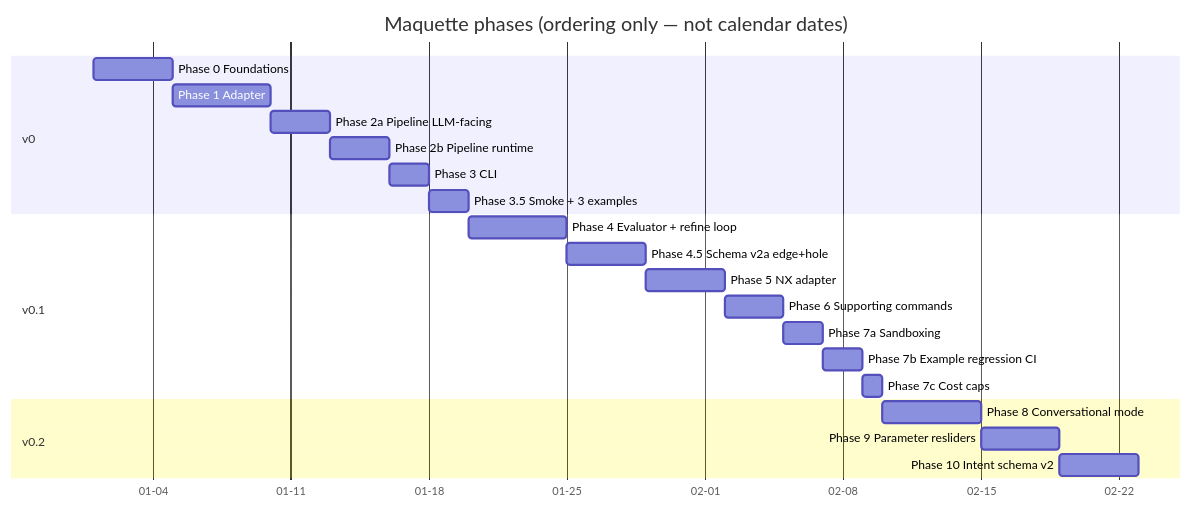
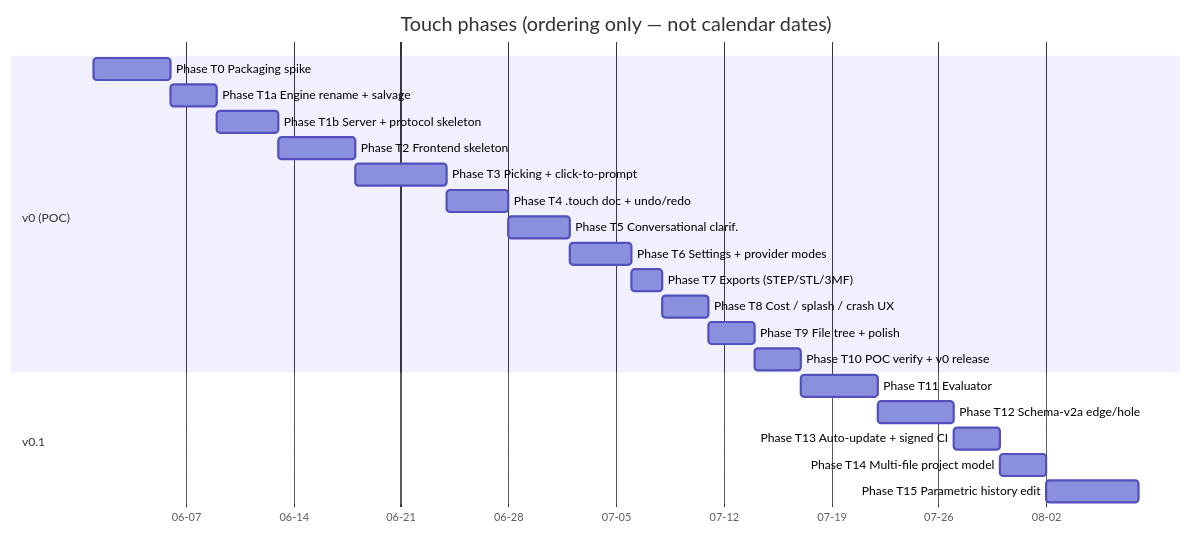
One commit to vandpaolo/touch changed the diagram in docs/03-roadmap.md. Above: the diagram before and after it, drawn with Mermaid. The commit also changed other lines of this file and 17 other files, not shown here.

First line of the commit message:
docs: re-baseline roadmap for Touch (phases T0–T15)

````diff
--- a/docs/03-roadmap.md
+++ b/docs/03-roadmap.md
@@ -26,25 +39,25 @@
 ```mermaid
 gantt
-    title Maquette phases (ordering only — not calendar dates)
+    title Touch phases (ordering only — not calendar dates)
     dateFormat  YYYY-MM-DD
     axisFormat  %m-%d
-    section v0
-    Phase 0     Foundations             :p0, 2026-01-01, 4d
-    Phase 1     Adapter                 :p1, after p0, 5d
-    Phase 2a    Pipeline LLM-facing     :p2a, after p1, 3d
-    Phase 2b    Pipeline runtime        :p2b, after p2a, 3d
-    Phase 3     CLI                     :p3, after p2b, 2d
-    Phase 3.5   Smoke + 3 examples      :p3h, after p3, 2d
+    section v0 (POC)
+    Phase T0   Packaging spike            :pT0, 2026-06-01, 5d
+    Phase T1a  Engine rename + salvage    :pT1a, after pT0, 3d
+    Phase T1b  Server + protocol skeleton :pT1b, after pT1a, 4d
+    Phase T2   Frontend skeleton          :pT2, after pT1b, 5d
+    Phase T3   Picking + click-to-prompt  :pT3, after pT2, 6d
+    Phase T4   .touch doc + undo/redo     :pT4, after pT3, 4d
+    Phase T5   Conversational clarif.     :pT5, after pT4, 4d
+    Phase T6   Settings + provider modes  :pT6, after pT5, 4d
+    Phase T7   Exports (STEP/STL/3MF)     :pT7, after pT6, 2d
+    Phase T8   Cost / splash / crash UX   :pT8, after pT7, 3d
+    Phase T9   File tree + polish         :pT9, after pT8, 3d
+    Phase T10  POC verify + v0 release    :pT10, after pT9, 3d
     section v0.1
-    Phase 4     Evaluator + refine loop :p4, after p3h, 5d
-    Phase 4.5   Schema v2a edge+hole    :p45, after p4, 4d
-    Phase 5     NX adapter              :p5, after p45, 4d
-    Phase 6     Supporting commands     :p6, after p5, 3d
-    Phase 7a    Sandboxing              :p7a, after p6, 2d
-    Phase 7b    Example regression CI   :p7b, after p7a, 2d
-    Phase 7c    Cost caps               :p7c, after p7b, 1d
-    section v0.2
-    Phase 8     Conversational mode     :p8, after p7c, 5d
-    Phase 9     Parameter resliders     :p9, after p8, 4d
-    Phase 10    Intent schema v2        :p10, after p9, 4d
+    Phase T11  Evaluator                  :pT11, after pT10, 5d
+    Phase T12  Schema-v2a edge/hole       :pT12, after pT11, 5d
+    Phase T13  Auto-update + signed CI    :pT13, after pT12, 3d
+    Phase T14  Multi-file project model   :pT14, after pT13, 3d
+    Phase T15  Parametric history edit    :pT15, after pT14, 6d
 ```
````
